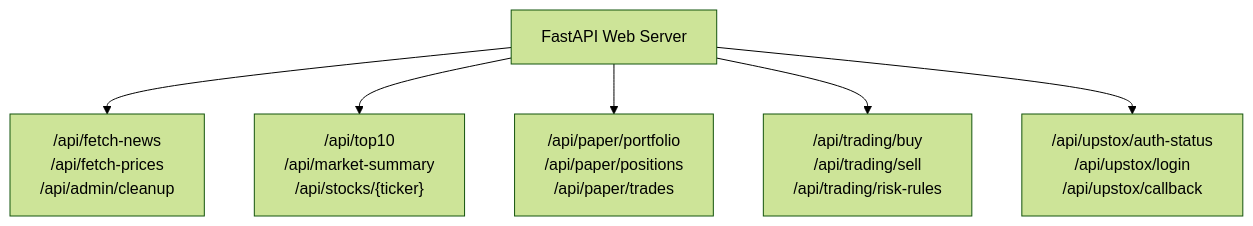
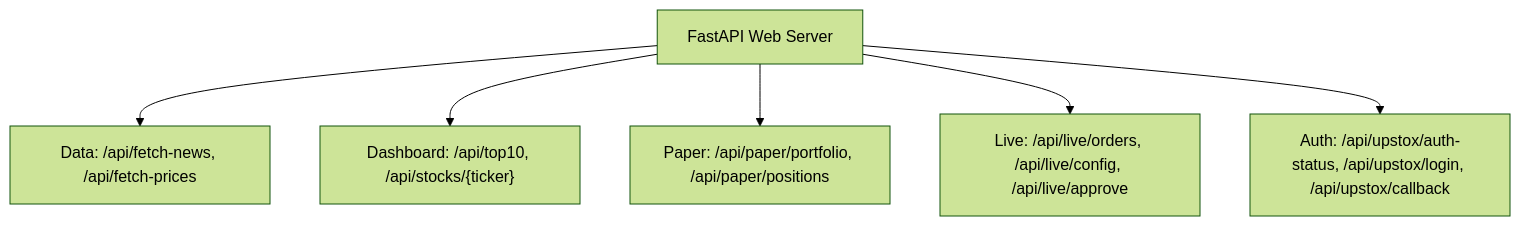
The seventh of 11 diagrams in README.md (Zayannnnn/market-analyser), drawn with Mermaid (forest theme) before and after one commit. The commit also changed other lines of this file, not shown here.

````diff
--- a/README.md
+++ b/README.md
@@ -177,9 +193,9 @@
 ```mermaid
 graph TD
     FastAPI["FastAPI Web Server"]
-    FastAPI --> DataProc["/api/fetch-news<br>/api/fetch-prices<br>/api/admin/cleanup"]
-    FastAPI --> Dashboard["/api/top10<br>/api/market-summary<br>/api/stocks/{ticker}"]
-    FastAPI --> Paper["/api/paper/portfolio<br>/api/paper/positions<br>/api/paper/trades"]
-    FastAPI --> Trading["/api/trading/buy<br>/api/trading/sell<br>/api/trading/risk-rules"]
-    FastAPI --> Auth["/api/upstox/auth-status<br>/api/upstox/login<br>/api/upstox/callback"]
+    FastAPI --> DataProc["Data: /api/fetch-news, /api/fetch-prices"]
+    FastAPI --> Dashboard["Dashboard: /api/top10, /api/stocks/{ticker}"]
+    FastAPI --> Paper["Paper: /api/paper/portfolio, /api/paper/positions"]
+    FastAPI --> Live["Live: /api/live/orders, /api/live/config, /api/live/approve"]
+    FastAPI --> Auth["Auth: /api/upstox/auth-status, /api/upstox/login, /api/upstox/callback"]
 ```
````
